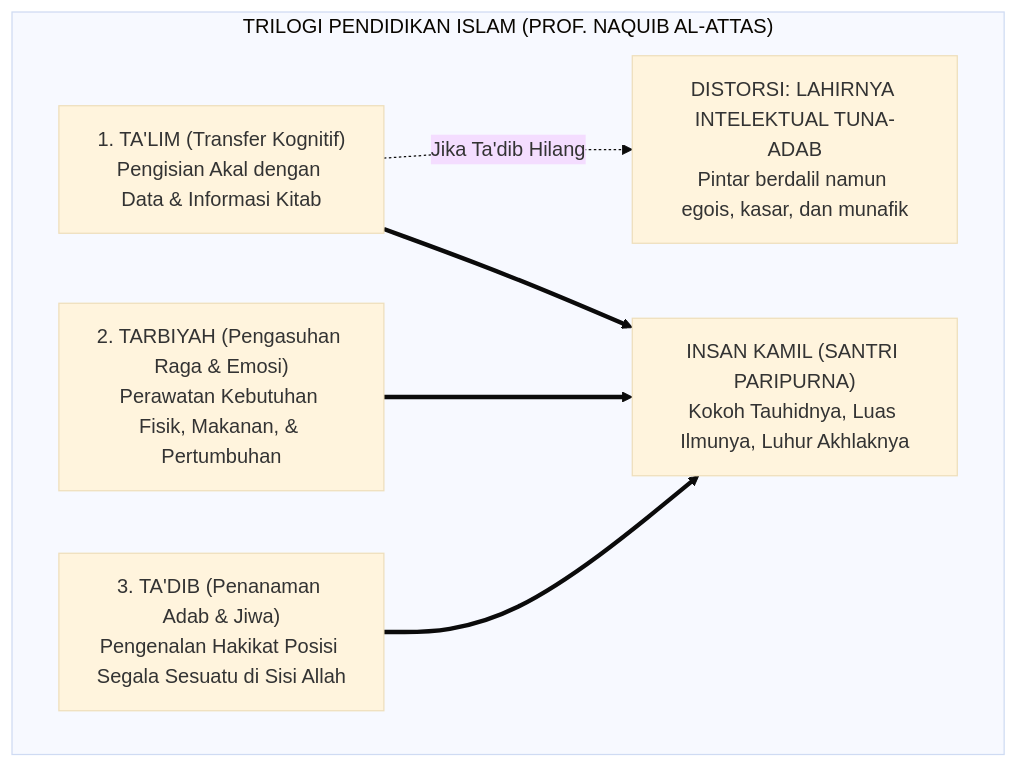
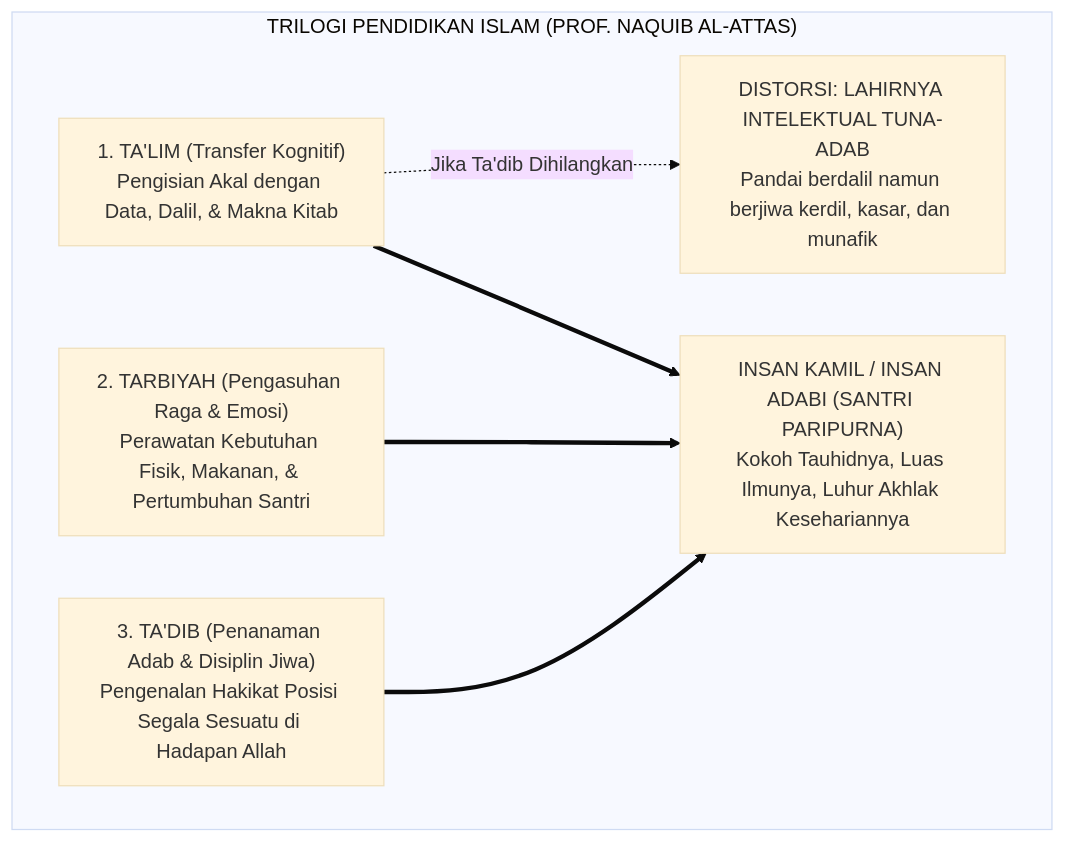
One commit to wandiapriliyandi/tumbuh changed the fifth of 9 diagrams in BOOK-SERIES/Volume-01/Bab-01-Krisis-Karakter-dan-Urgensi-Rekonstruksi/01-Anomali-Pendidikan-Karakter-Tradisional.md. Above: the diagram before and after it, drawn with Mermaid (base theme). The commit also changed other lines of this file, not shown here.

Commit message:
docs(bab-1.1): tulis ulang naskah master monograf menggugah jiwa, menajamkan nalar, dan membedah solusi operasional asrama

````diff
--- a/BOOK-SERIES/Volume-01/Bab-01-Krisis-Karakter-dan-Urgensi-Rekonstruksi/01-Anomali-Pendidikan-Karakter-Tradisional.md
+++ b/BOOK-SERIES/Volume-01/Bab-01-Krisis-Karakter-dan-Urgensi-Rekonstruksi/01-Anomali-Pendidikan-Karakter-Tradisional.md
@@ -99,11 +142,11 @@
 ```mermaid
 graph TD
     subgraph TrilogiPendidikan["TRILOGI PENDIDIKAN ISLAM (PROF. NAQUIB AL-ATTAS)"]
-        Talim["1. TA'LIM (Transfer Kognitif)<br/>Pengisian Akal dengan Data & Informasi Kitab"]
-        Tarbiyah["2. TARBIYAH (Pengasuhan Raga & Emosi)<br/>Perawatan Kebutuhan Fisik, Makanan, & Pertumbuhan"]
-        Tadib["3. TA'DIB (Penanaman Adab & Jiwa)<br/>Pengenalan Hakikat Posisi Segala Sesuatu di Sisi Allah"]
+        Talim["1. TA'LIM (Transfer Kognitif)<br/>Pengisian Akal dengan Data, Dalil, & Makna Kitab"]
+        Tarbiyah["2. TARBIYAH (Pengasuhan Raga & Emosi)<br/>Perawatan Kebutuhan Fisik, Makanan, & Pertumbuhan Santri"]
+        Tadib["3. TA'DIB (Penanaman Adab & Disiplin Jiwa)<br/>Pengenalan Hakikat Posisi Segala Sesuatu di Hadapan Allah"]
         
-        Talim -.->|"Jika Ta'dib Hilang"| Distorsi["DISTORSI: LAHIRNYA INTELEKTUAL TUNA-ADAB<br/>Pintar berdalil namun egois, kasar, dan munafik"]
-        Talim & Tarbiyah & Tadib ==> Integrasi["INSAN KAMIL (SANTRI PARIPURNA)<br/>Kokoh Tauhidnya, Luas Ilmunya, Luhur Akhlaknya"]
+        Talim -.->|"Jika Ta'dib Dihilangkan"| Distorsi["DISTORSI: LAHIRNYA INTELEKTUAL TUNA-ADAB<br/>Pandai berdalil namun berjiwa kerdil, kasar, dan munafik"]
+        Talim & Tarbiyah & Tadib ==> Integrasi["INSAN KAMIL / INSAN ADABI (SANTRI PARIPURNA)<br/>Kokoh Tauhidnya, Luas Ilmunya, Luhur Akhlak Kesehariannya"]
     end
 ```
````
